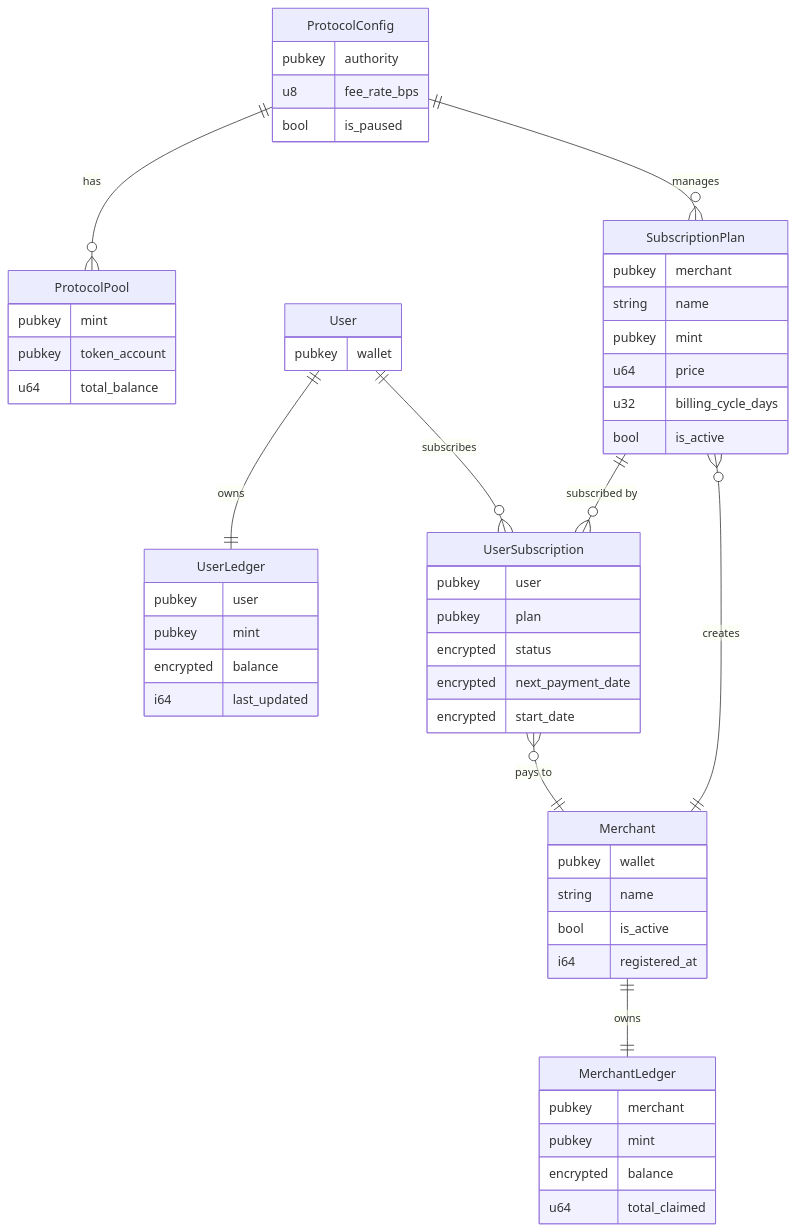
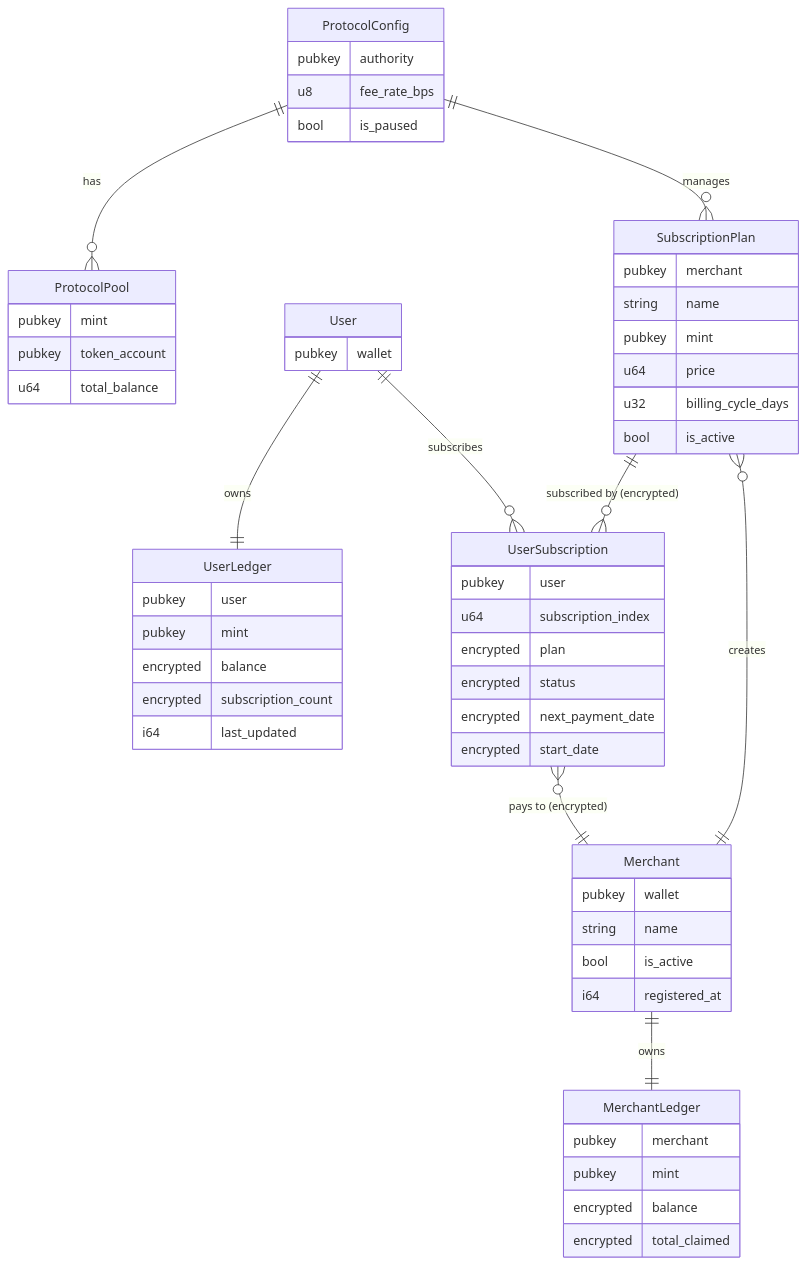
The first of 7 diagrams in privacy_subscriptions/docs/functional-design.md (SublyFi/subly), drawn with Mermaid before and after one commit. The commit also changed other lines of this file, not shown here.

Commit message:
feat: Enhance privacy by encrypting subscription plan and related fields in UserSubscription and MerchantLedger

````diff
--- a/privacy_subscriptions/docs/functional-design.md
+++ b/privacy_subscriptions/docs/functional-design.md
@@ -71,69 +71,71 @@
 ```mermaid
 erDiagram
     ProtocolConfig ||--o{ ProtocolPool : has
     ProtocolConfig ||--o{ SubscriptionPlan : manages
 
     Merchant ||--|| MerchantLedger : owns
     Merchant ||--o{ SubscriptionPlan : creates
 
     User ||--|| UserLedger : owns
     User ||--o{ UserSubscription : subscribes
 
-    SubscriptionPlan ||--o{ UserSubscription : "subscribed by"
+    SubscriptionPlan ||--o{ UserSubscription : "subscribed by (encrypted)"
 
-    UserSubscription }o--|| Merchant : "pays to"
+    UserSubscription }o--|| Merchant : "pays to (encrypted)"
 
     ProtocolConfig {
         pubkey authority
         u8 fee_rate_bps
         bool is_paused
     }
 
     ProtocolPool {
         pubkey mint
         pubkey token_account
         u64 total_balance
     }
 
     Merchant {
         pubkey wallet
         string name
         bool is_active
         i64 registered_at
     }
 
     MerchantLedger {
         pubkey merchant
         pubkey mint
         encrypted balance
-        u64 total_claimed
+        encrypted total_claimed
     }
 
     SubscriptionPlan {
         pubkey merchant
         string name
         pubkey mint
         u64 price
         u32 billing_cycle_days
         bool is_active
     }
 
     User {
         pubkey wallet
     }
 
     UserLedger {
         pubkey user
         pubkey mint
         encrypted balance
+        encrypted subscription_count
         i64 last_updated
     }
 
     UserSubscription {
         pubkey user
-        pubkey plan
+        u64 subscription_index
+        encrypted plan
         encrypted status
         encrypted next_payment_date
         encrypted start_date
     }
 ```
````
